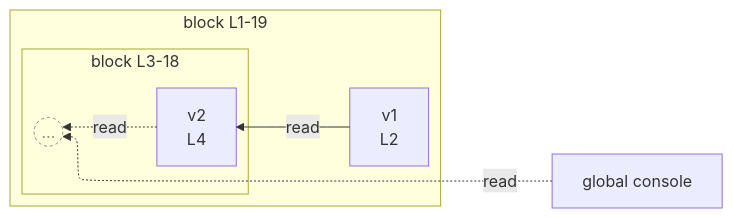
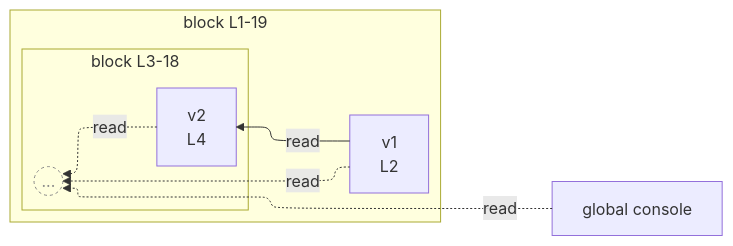
One commit to crescware/unsnarl changed the diagram in integration/fixtures/app-behavior/depth/block/depth-2/preview.md. Above: the diagram before and after it, drawn with Mermaid. The commit also changed other lines of this file and 22 other files, not shown here.

````diff
--- a/integration/fixtures/app-behavior/depth/block/depth-2/preview.md
+++ b/integration/fixtures/app-behavior/depth/block/depth-2/preview.md
@@ -29,19 +29,20 @@
 ```mermaid
 %%{init: {"flowchart": {"defaultRenderer": "elk"}}}%%
 flowchart RL
   n_scope_0_console_185["global console"]
   subgraph s_scope_1["block L1-19"]
     direction RL
     n_scope_1_v1_10["v1<br/>L2"]
     subgraph s_scope_2["block L3-18"]
       direction RL
       n_scope_2_v2_32["v2<br/>L4"]
       beyond_depth_s_scope_2((...))
     end
   end
   n_scope_1_v1_10 -->|read| n_scope_2_v2_32
   n_scope_2_v2_32 -.->|read| beyond_depth_s_scope_2
   n_scope_0_console_185 -.->|read| beyond_depth_s_scope_2
+  n_scope_1_v1_10 -.->|read| beyond_depth_s_scope_2
   classDef boundaryStub fill:transparent,stroke:#888,stroke-dasharray:3 3,color:#888;
   class beyond_depth_s_scope_2 boundaryStub;
 ```
````
